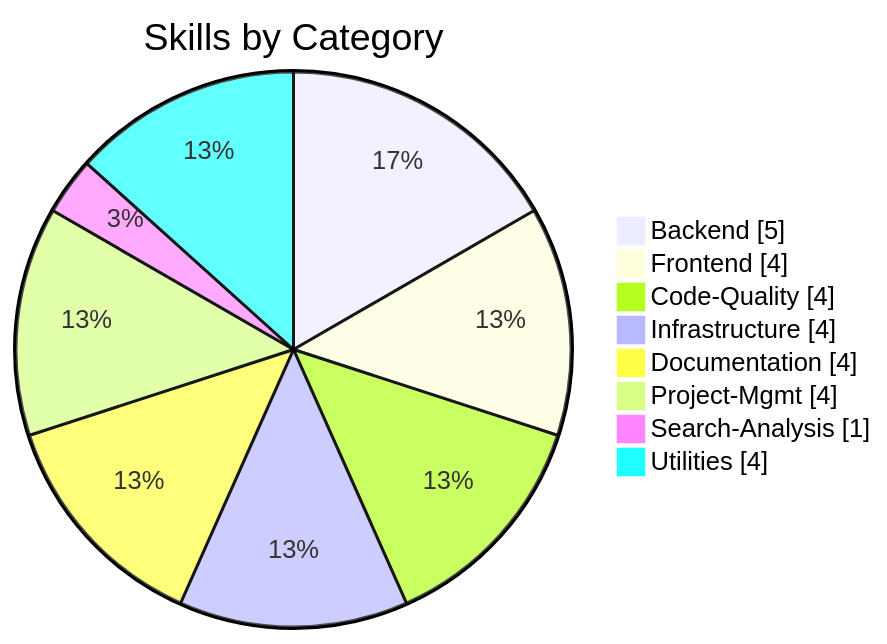
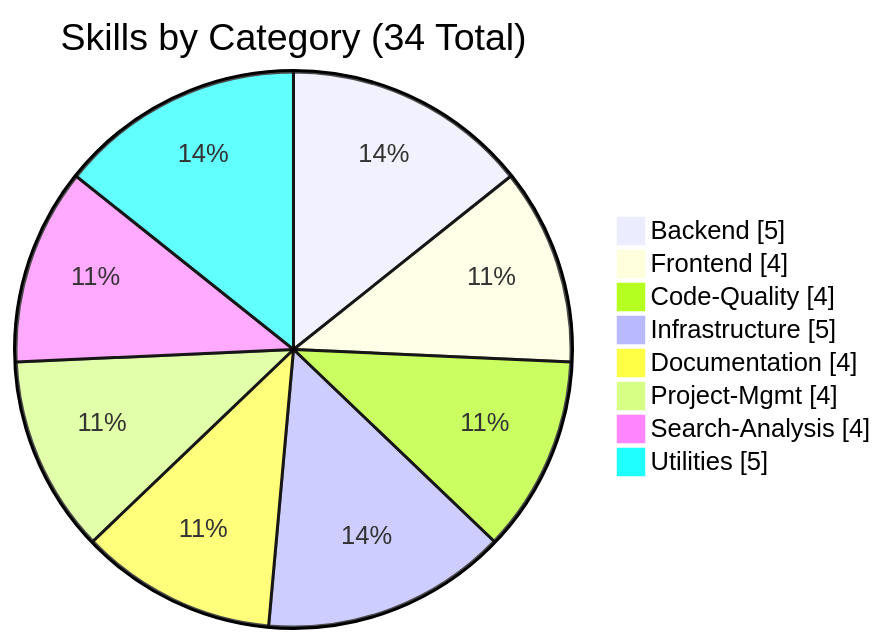
Before and after one commit to supercent-io/skills-template: the third of 6 diagrams in README.md, drawn with Mermaid. The commit also changed other lines of this file and 7 other files, not shown here.

````diff
--- a/README.md
+++ b/README.md
@@ -96,12 +103,12 @@
 ```mermaid
 pie showData
-    title Skills by Category
+    title Skills by Category (34 Total)
     "Backend" : 5
     "Frontend" : 4
     "Code-Quality" : 4
-    "Infrastructure" : 4
+    "Infrastructure" : 5
     "Documentation" : 4
     "Project-Mgmt" : 4
-    "Search-Analysis" : 1
-    "Utilities" : 4
+    "Search-Analysis" : 4
+    "Utilities" : 5
 ```
````
